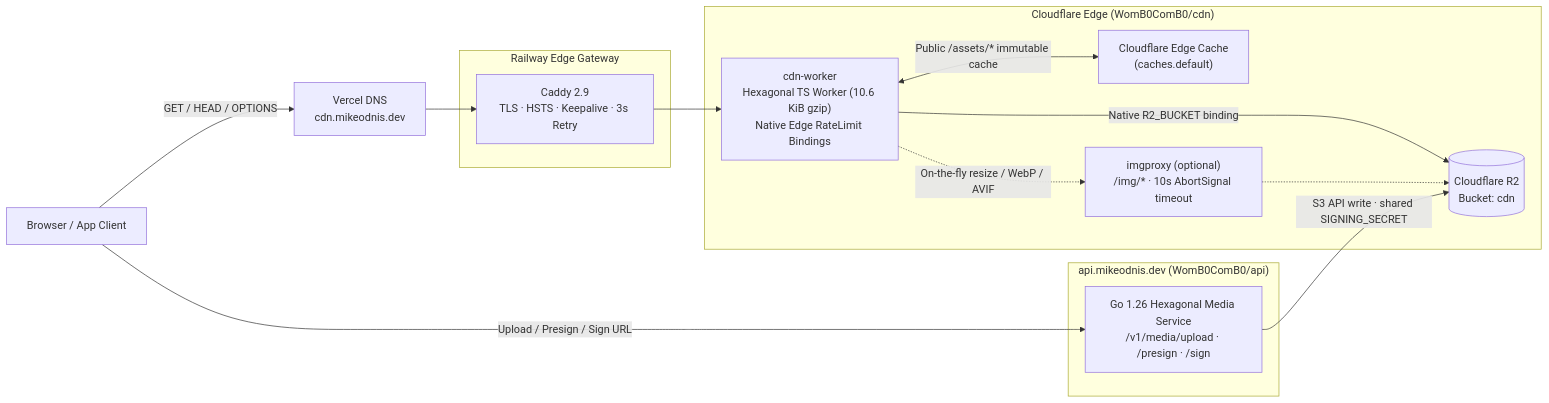
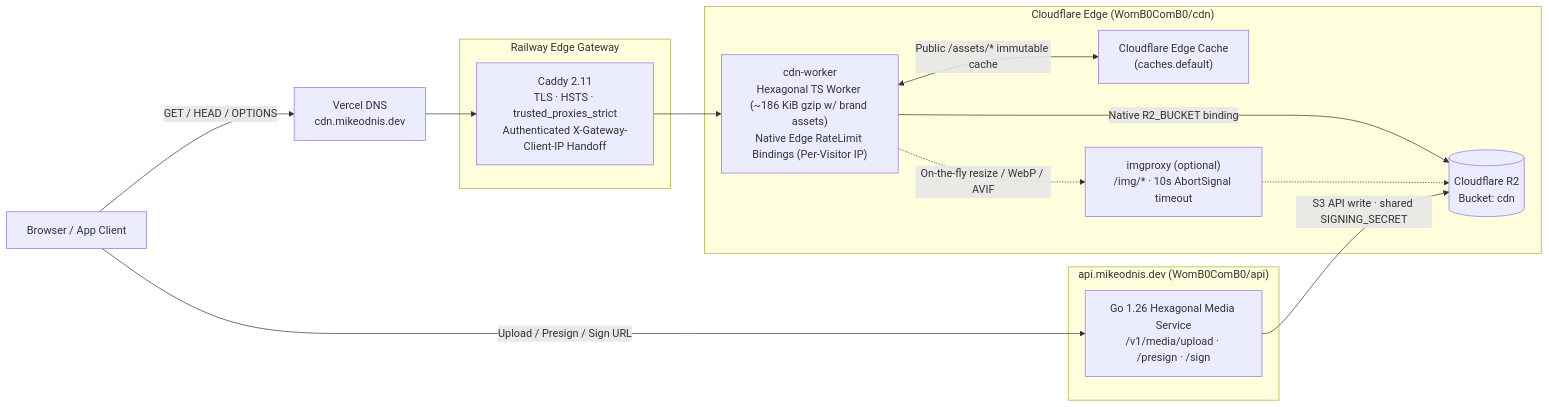
The first of 4 diagrams in README.md (WomB0ComB0/cdn), drawn with Mermaid before and after one commit. The commit also changed other lines of this file and 5 other files, not shown here.

````diff
--- a/README.md
+++ b/README.md
@@ -15,28 +15,28 @@
 ```mermaid
 flowchart LR
     Client["Browser / App Client"]
     DNS["Vercel DNS\ncdn.mikeodnis.dev"]
 
     subgraph GatewayLayer["Railway Edge Gateway"]
-        GW["Caddy 2.9\nTLS · HSTS · Keepalive · 3s Retry"]
+        GW["Caddy 2.11\nTLS · HSTS · trusted_proxies_strict\nAuthenticated X-Gateway-Client-IP Handoff"]
     end
 
     subgraph Edge["Cloudflare Edge (WomB0ComB0/cdn)"]
-        Worker["cdn-worker\nHexagonal TS Worker (10.6 KiB gzip)\nNative Edge RateLimit Bindings"]
+        Worker["cdn-worker\nHexagonal TS Worker (~186 KiB gzip w/ brand assets)\nNative Edge RateLimit Bindings (Per-Visitor IP)"]
         Cache["Cloudflare Edge Cache\n(caches.default)"]
         R2[("Cloudflare R2\nBucket: cdn")]
         ImgProxy["imgproxy (optional)\n/img/* · 10s AbortSignal timeout"]
     end
 
     subgraph ControlPlane["api.mikeodnis.dev (WomB0ComB0/api)"]
         Media["Go 1.26 Hexagonal Media Service\n/v1/media/upload · /presign · /sign"]
     end
 
     Client -->|"GET / HEAD / OPTIONS"| DNS --> GW --> Worker
     Worker <-->|"Public /assets/* immutable cache"| Cache
     Worker -->|"Native R2_BUCKET binding"| R2
     Worker -.->|"On-the-fly resize / WebP / AVIF"| ImgProxy
     ImgProxy -.-> R2
     Client -->|"Upload / Presign / Sign URL"| Media
     Media -->|"S3 API write · shared SIGNING_SECRET"| R2
 ```
````
